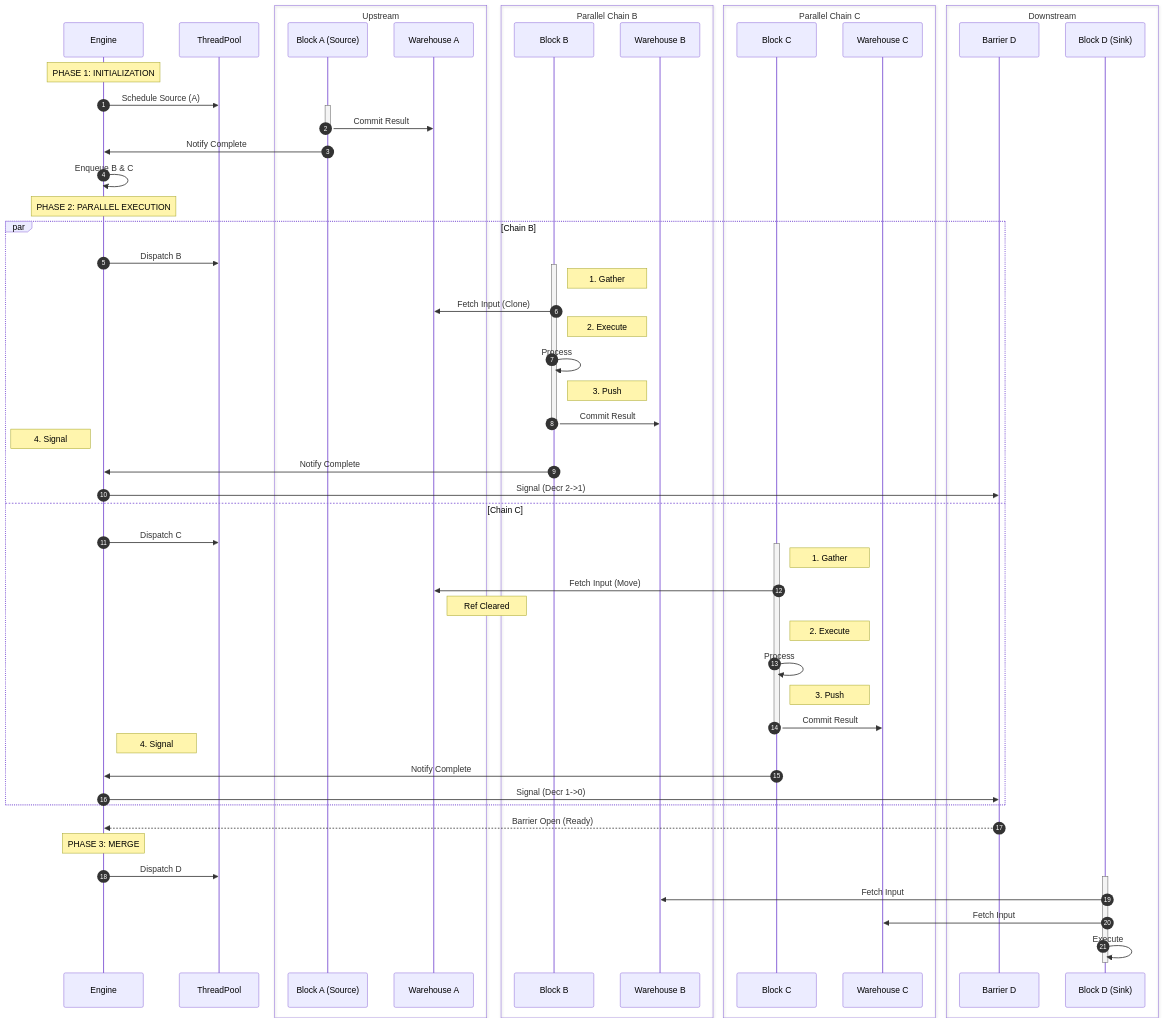
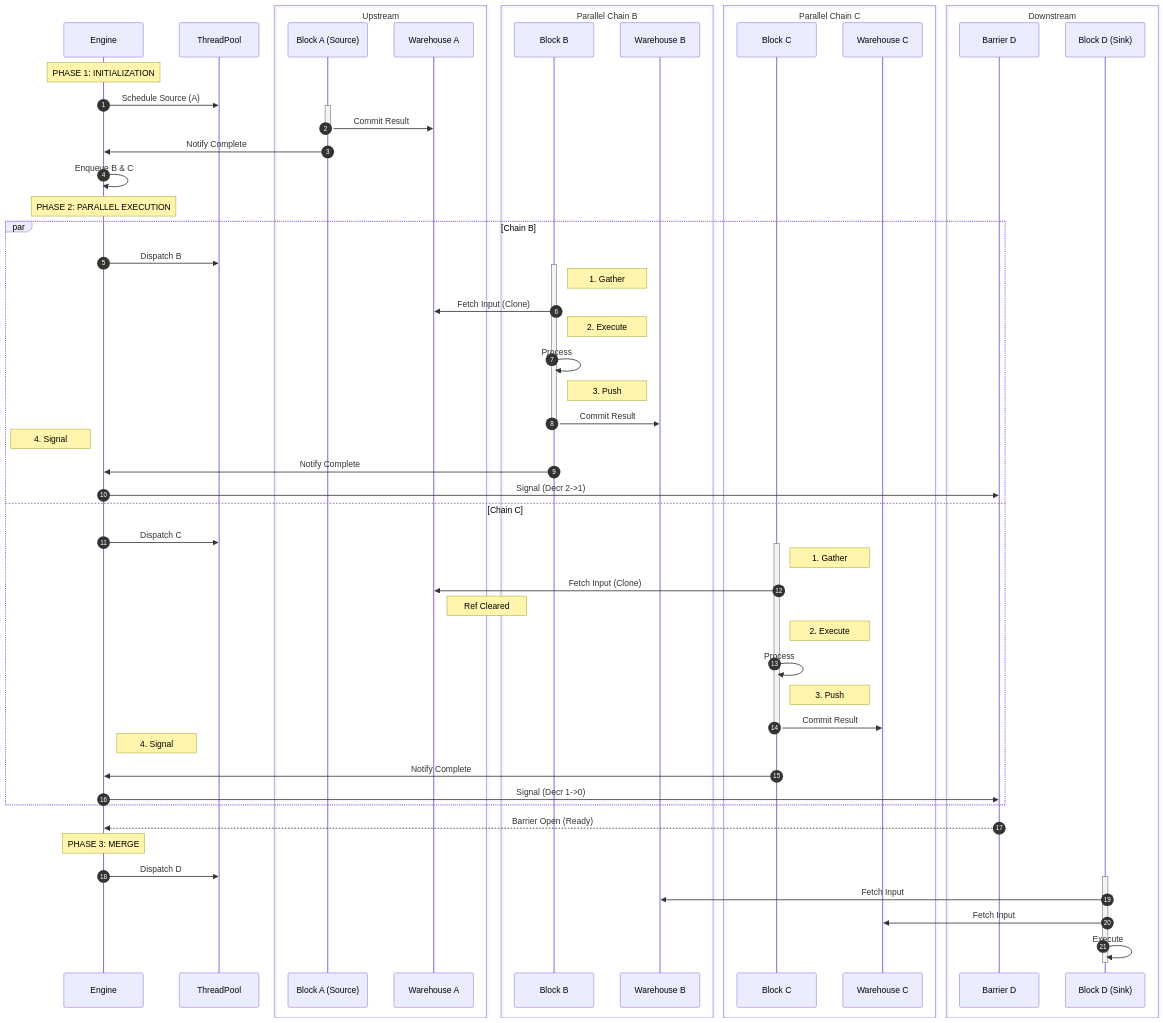
One commit to IT007-2025-Nhom20/ImageAutomate changed the third of 4 diagrams in docs/design/ExecutionEngine.md. Above: the diagram before and after it, drawn with Mermaid. The commit also changed other lines of this file and 2 other files, not shown here.

```diff
--- a/docs/design/ExecutionEngine.md
+++ b/docs/design/ExecutionEngine.md
@@ -774,7 +776,7 @@
         activate BlockC
         
         note right of BlockC: 1. Gather
-        BlockC->>WhA: Fetch Input (Move)
+        BlockC->>WhA: Fetch Input (Clone)
         note right of WhA: Ref Cleared
         
         note right of BlockC: 2. Execute
```
